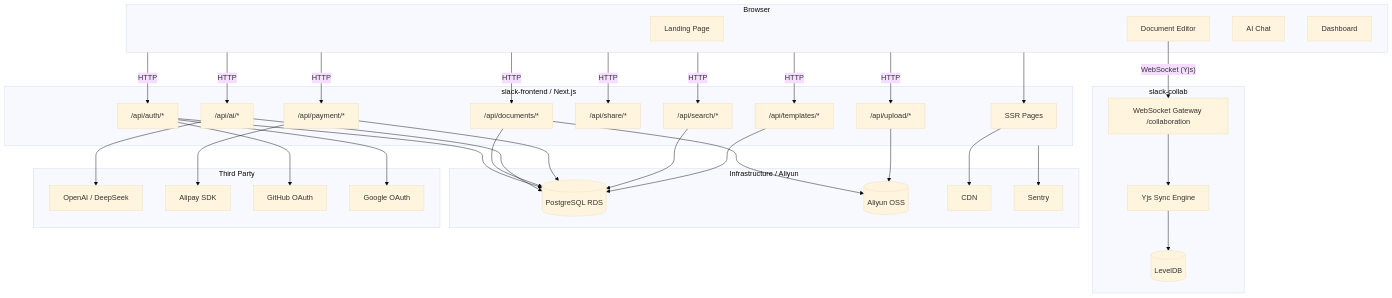
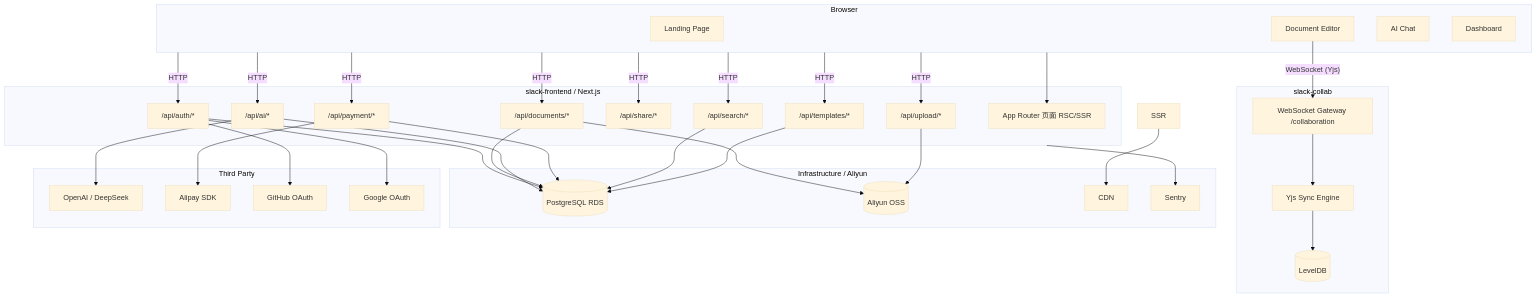
The diagram in .cursor/plans/摸鱼ai完整开发方案_55f963e3.plan.md (clm1010/slack-off-ai), drawn with Mermaid (base theme) before and after one commit. The commit also changed other lines of this file and 45 other files, not shown here.

````diff
--- a/.cursor/plans/摸鱼ai完整开发方案_55f963e3.plan.md
+++ b/.cursor/plans/摸鱼ai完整开发方案_55f963e3.plan.md
@@ -154,62 +158,62 @@
 ```mermaid
 graph TB
     subgraph client [Browser]
         LandingPage[Landing Page]
         EditorPage[Document Editor]
         ChatPage[AI Chat]
         DashboardPage[Dashboard]
     end
 
     subgraph nextjs [slack-frontend / Next.js]
-        SSR[SSR Pages]
+        AppPages[App Router 页面 RSC/SSR]
         APIAuth["/api/auth/*"]
         APIDoc["/api/documents/*"]
         APIAI["/api/ai/*"]
         APIShare["/api/share/*"]
         APITemplate["/api/templates/*"]
         APIUpload["/api/upload/*"]
         APIPayment["/api/payment/*"]
         APISearch["/api/search/*"]
     end
 
     subgraph collabSvc [slack-collab]
         WSGateway["WebSocket Gateway /collaboration"]
         YjsEngine[Yjs Sync Engine]
         LevelDB[(LevelDB)]
     end
 
     subgraph infra [Infrastructure / Aliyun]
         PG[(PostgreSQL RDS)]
         OSS[(Aliyun OSS)]
         CDNNode[CDN]
         Sentry[Sentry]
     end
 
     subgraph thirdParty [Third Party]
         OpenAI[OpenAI / DeepSeek]
         Alipay[Alipay SDK]
         GitHub[GitHub OAuth]
         Google[Google OAuth]
     end
 
-    client --> SSR
+    client --> AppPages
     client -->|HTTP| APIAuth & APIDoc & APIAI & APIShare & APITemplate & APIUpload & APIPayment & APISearch
     EditorPage -->|"WebSocket (Yjs)"| WSGateway
     WSGateway --> YjsEngine
     YjsEngine --> LevelDB
 
     APIAuth --> PG
     APIAuth --> GitHub & Google
     APIDoc --> PG
     APIDoc --> OSS
     APIAI --> OpenAI
     APIAI --> PG
     APIUpload --> OSS
     APIPayment --> Alipay
     APIPayment --> PG
     APISearch --> PG
     APITemplate --> PG
 
     SSR --> CDNNode
     nextjs --> Sentry
 ```
````
